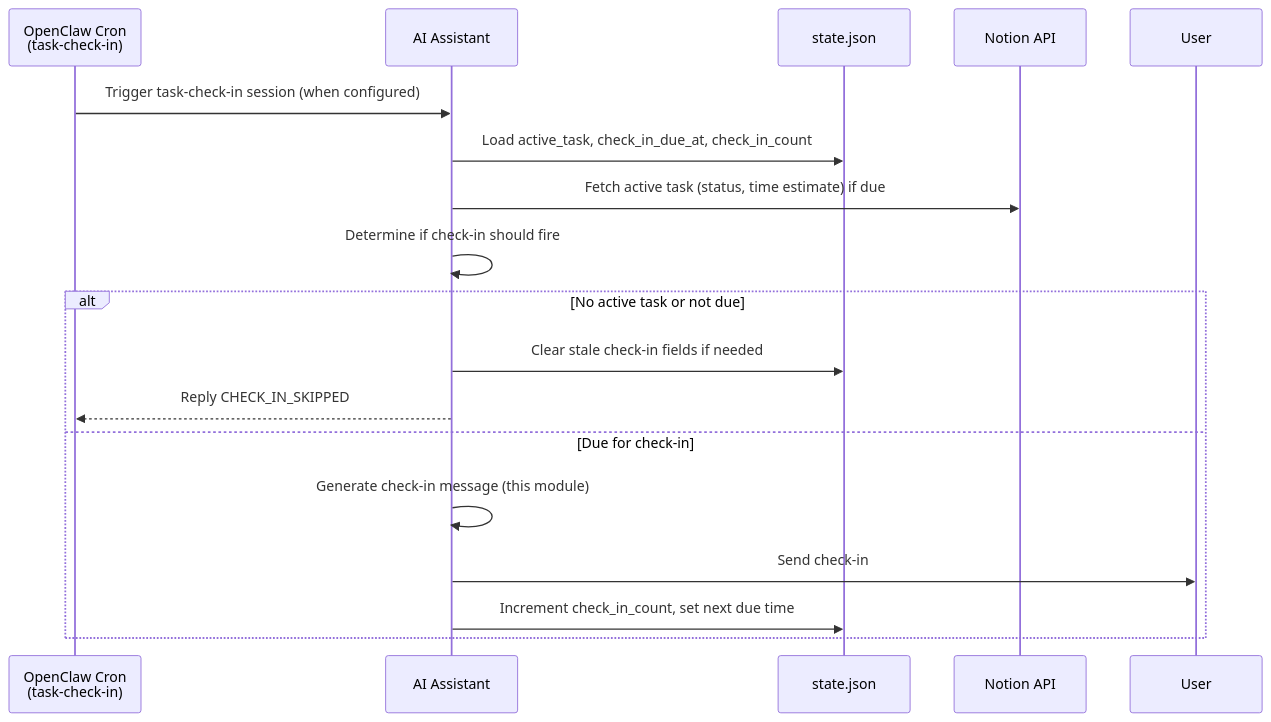
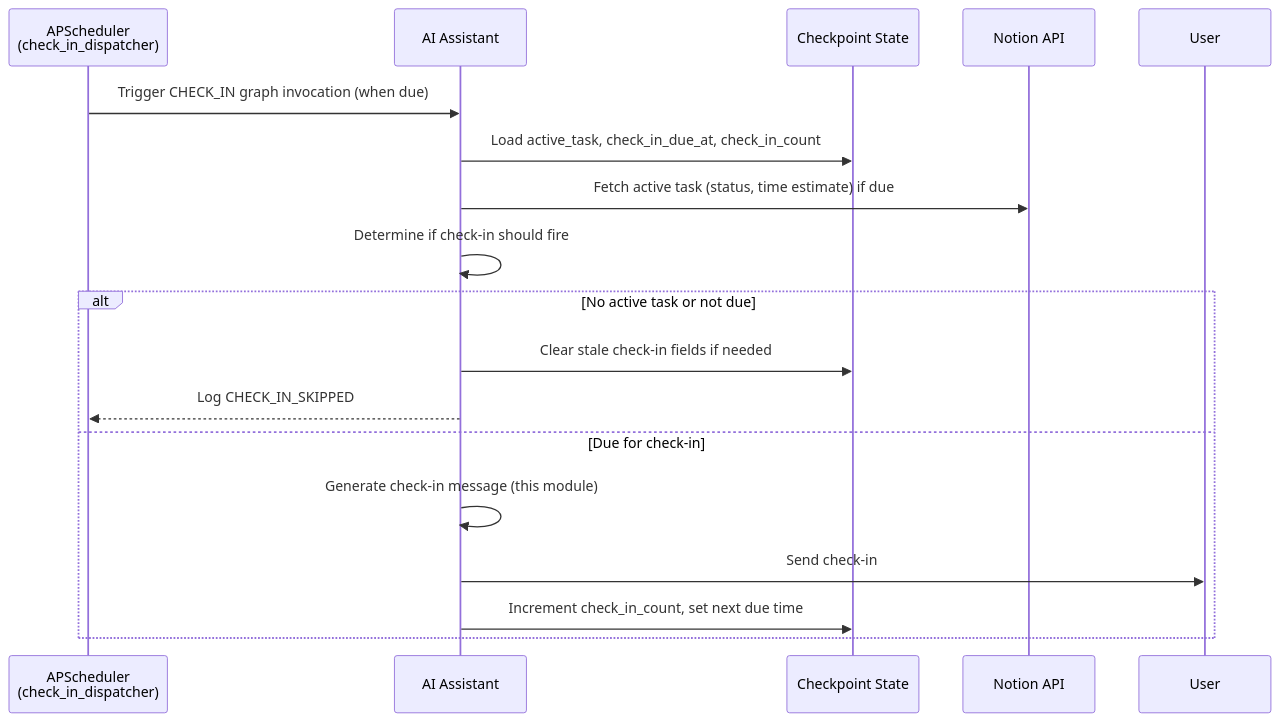
The first of 2 diagrams in docs/ai-prompts/check-in.md (NickBorgersProbably/hide-my-list), drawn with Mermaid before and after one commit. The commit also changed other lines of this file and 34 other files, not shown here.

First line of the commit message:
phase-d/D1-delete: remove OpenClaw runtime files

````diff
--- a/docs/ai-prompts/check-in.md
+++ b/docs/ai-prompts/check-in.md
@@ -9,20 +9,20 @@
 ```mermaid
 sequenceDiagram
-    participant Cron as OpenClaw Cron<br/>(task-check-in)
+    participant Sched as APScheduler<br/>(check_in_dispatcher)
     participant Agent as AI Assistant
-    participant State as state.json
+    participant State as Checkpoint State
     participant Notion as Notion API
 
-    Cron->>Agent: Trigger task-check-in session (when configured)
+    Sched->>Agent: Trigger CHECK_IN graph invocation (when due)
     Agent->>State: Load active_task, check_in_due_at, check_in_count
     Agent->>Notion: Fetch active task (status, time estimate) if due
     Agent->>Agent: Determine if check-in should fire
     alt No active task or not due
         Agent->>State: Clear stale check-in fields if needed
-        Agent-->>Cron: Reply CHECK_IN_SKIPPED
+        Agent-->>Sched: Log CHECK_IN_SKIPPED
     else Due for check-in
         Agent->>Agent: Generate check-in message (this module)
         Agent->>User: Send check-in
         Agent->>State: Increment check_in_count, set next due time
     end
 ```
````
